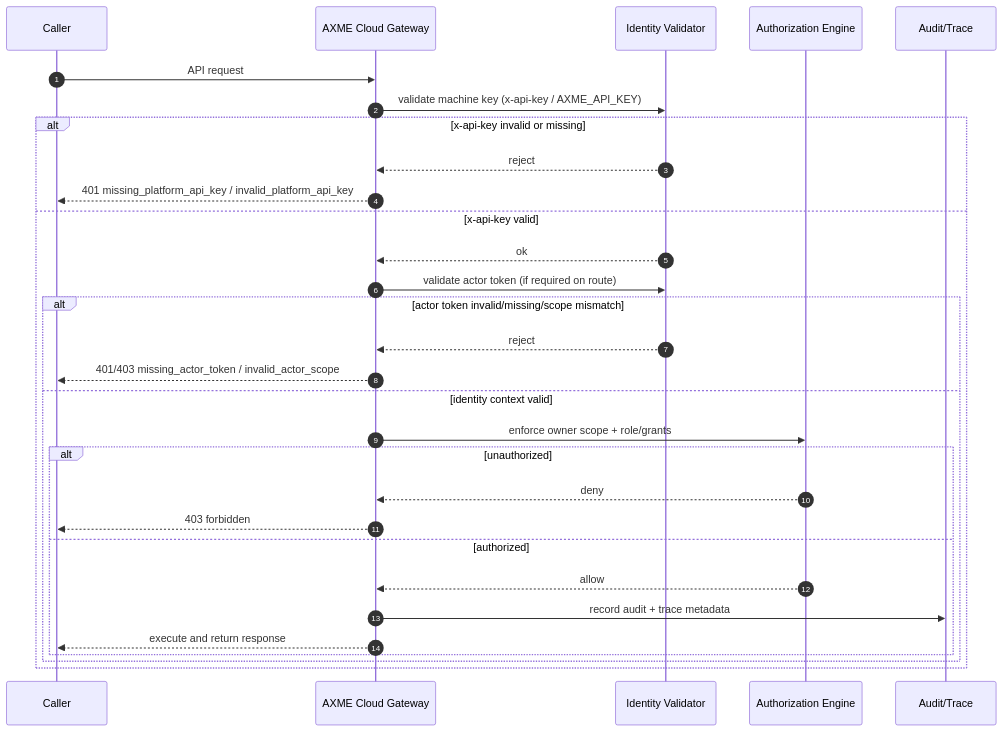
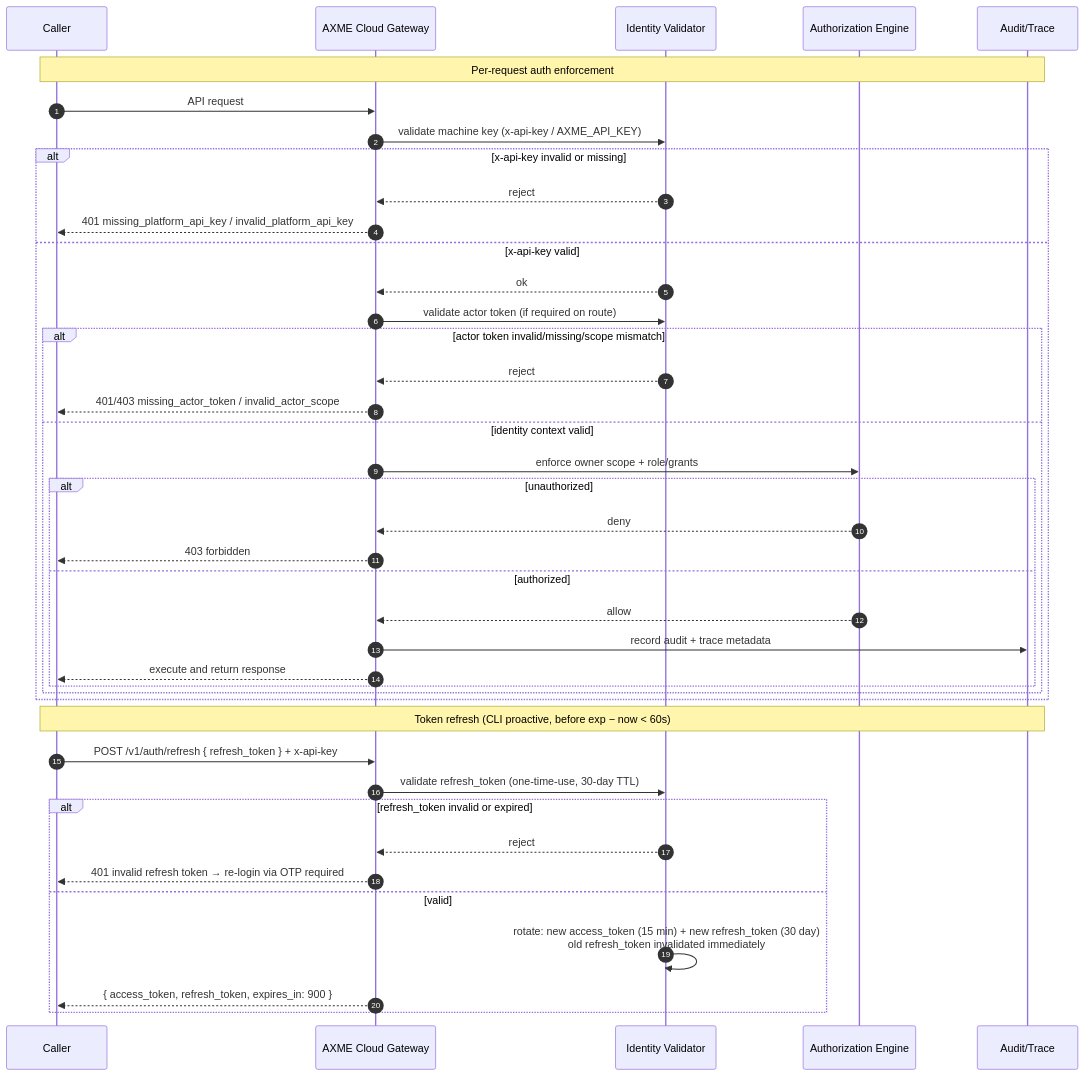
The diagram in docs/diagrams/security/01-authn-authz-enforcement-flow.mmd (AxmeAI/axme-docs), drawn with Mermaid before and after one commit. The commit also changed 2 other files, not shown here.

Commit message:
docs: add email OTP + token refresh flow diagram, update authn enforcement flow (#43) (#43)
Made-with: Cursor

```diff
--- a/docs/diagrams/security/01-authn-authz-enforcement-flow.mmd
+++ b/docs/diagrams/security/01-authn-authz-enforcement-flow.mmd
@@ -1,31 +1,45 @@
 sequenceDiagram
     autonumber
     participant C as Caller
     participant G as AXME Cloud Gateway
     participant I as Identity Validator
     participant Z as Authorization Engine
     participant A as Audit/Trace
+
+    Note over C,A: Per-request auth enforcement
 
     C->>G: API request
     G->>I: validate machine key (x-api-key / AXME_API_KEY)
     alt x-api-key invalid or missing
         I-->>G: reject
         G-->>C: 401 missing_platform_api_key / invalid_platform_api_key
     else x-api-key valid
         I-->>G: ok
         G->>I: validate actor token (if required on route)
         alt actor token invalid/missing/scope mismatch
             I-->>G: reject
             G-->>C: 401/403 missing_actor_token / invalid_actor_scope
         else identity context valid
             G->>Z: enforce owner scope + role/grants
             alt unauthorized
                 Z-->>G: deny
                 G-->>C: 403 forbidden
             else authorized
                 Z-->>G: allow
                 G->>A: record audit + trace metadata
                 G-->>C: execute and return response
             end
         end
     end
+
+    Note over C,A: Token refresh (CLI proactive, before exp − now < 60s)
+
+    C->>G: POST /v1/auth/refresh { refresh_token } + x-api-key
+    G->>I: validate refresh_token (one-time-use, 30-day TTL)
+    alt refresh_token invalid or expired
+        I-->>G: reject
+        G-->>C: 401 invalid refresh token → re-login via OTP required
+    else valid
+        I->>I: rotate: new access_token (15 min) + new refresh_token (30 day)<br/>old refresh_token invalidated immediately
+        G-->>C: { access_token, refresh_token, expires_in: 900 }
+    end
```
